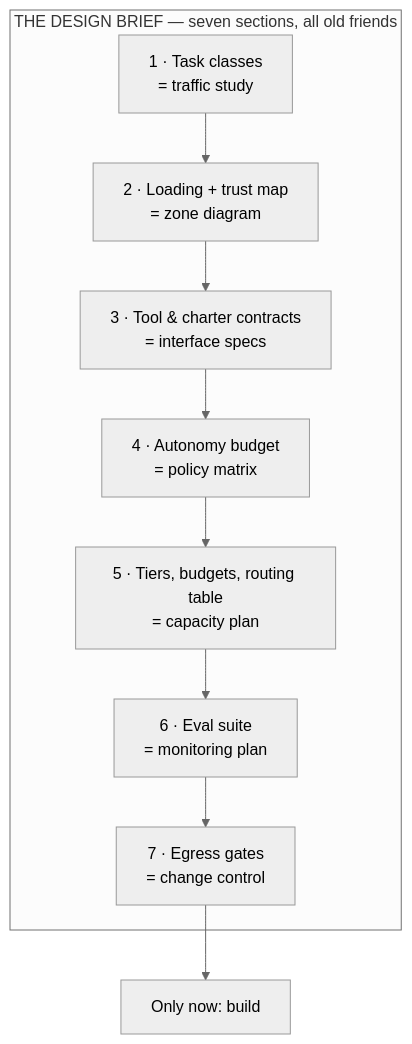
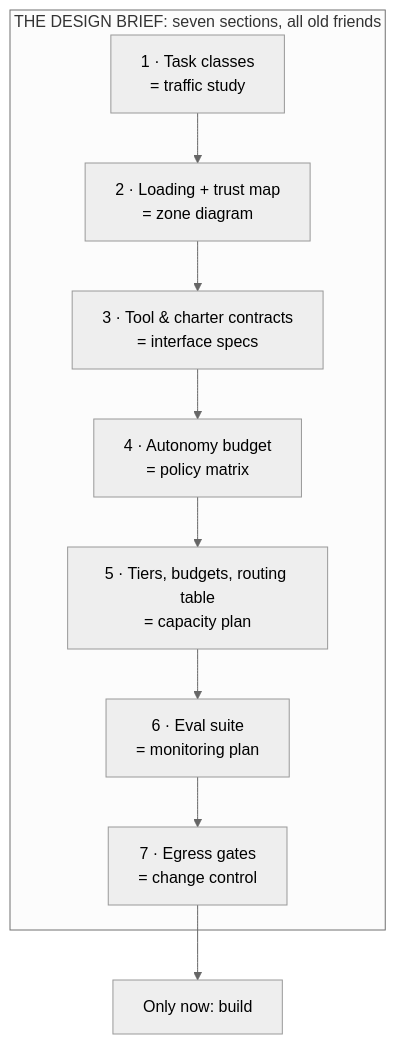
One commit to chorusse/agentic-estate changed the diagram in guide/11-the-design-brief.md. Above: the diagram before and after it, drawn with Mermaid (neutral theme). The commit also changed other lines of this file and 22 other files, not shown here.

````diff
--- a/guide/11-the-design-brief.md
+++ b/guide/11-the-design-brief.md
@@ -53,15 +53,15 @@
 ```mermaid
 flowchart TB
-    subgraph brief["THE DESIGN BRIEF — seven sections, all old friends"]
+    subgraph brief["THE DESIGN BRIEF: seven sections, all old friends"]
         b1["1 · Task classes<br/>= traffic study"]
         b2["2 · Loading + trust map<br/>= zone diagram"]
         b3["3 · Tool & charter contracts<br/>= interface specs"]
         b4["4 · Autonomy budget<br/>= policy matrix"]
         b5["5 · Tiers, budgets, routing table<br/>= capacity plan"]
         b6["6 · Eval suite<br/>= monitoring plan"]
         b7["7 · Egress gates<br/>= change control"]
     end
     b1 --> b2 --> b3 --> b4 --> b5 --> b6 --> b7
     build["Only now: build"]
     b7 --> build
 ```
````
